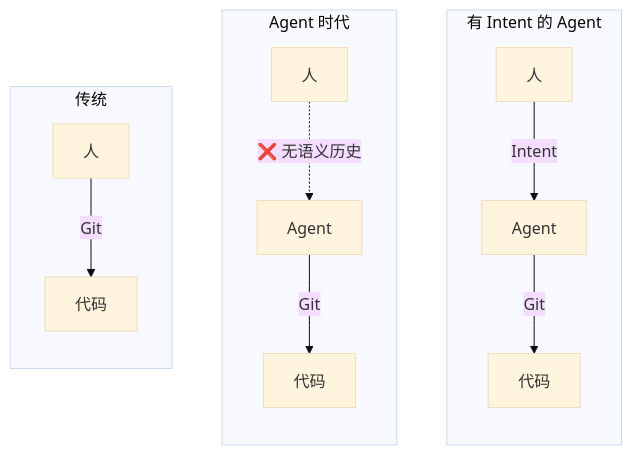
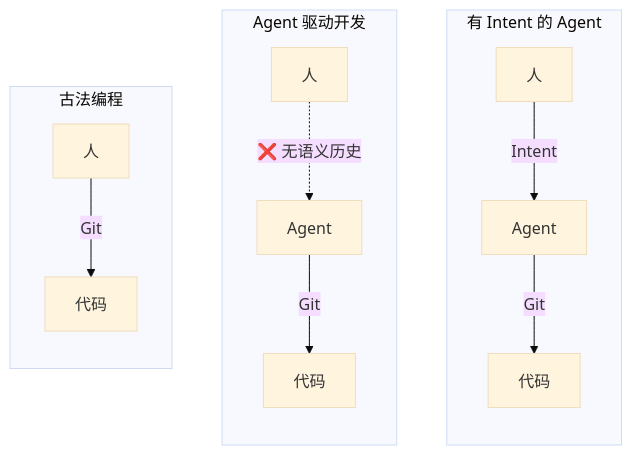
The first of 2 diagrams in README.CN.md (dozybot001/Intent), drawn with Mermaid (base theme) before and after one commit.

````diff
--- a/README.CN.md
+++ b/README.CN.md
@@ -15,26 +15,26 @@
 ```mermaid
 flowchart LR
-  subgraph traditional["传统"]
+  subgraph traditional["古法编程"]
     direction TB
     H1["人"]
     C1["代码"]
     H1 -->|"Git"| C1
   end
-  subgraph agent["Agent 时代"]
+  subgraph agent["Agent 驱动开发"]
     direction TB
     H2["人"]
     AG["Agent"]
     C2["代码"]
     H2 -."❌ 无语义历史".-> AG
     AG -->|"Git"| C2
   end
   subgraph withintent["有 Intent 的 Agent"]
     direction TB
     H3["人"]
     AG2["Agent"]
     C3["代码"]
     H3 -->|"Intent"| AG2
     AG2 -->|"Git"| C3
   end
   traditional ~~~ agent ~~~ withintent
 ```
````
